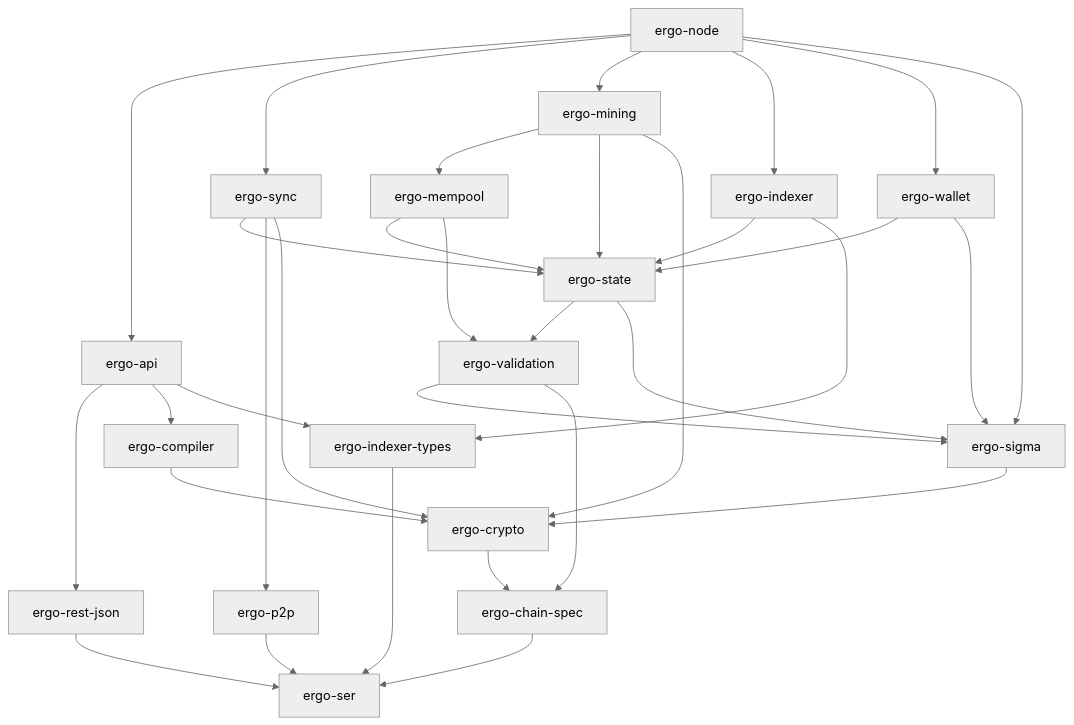
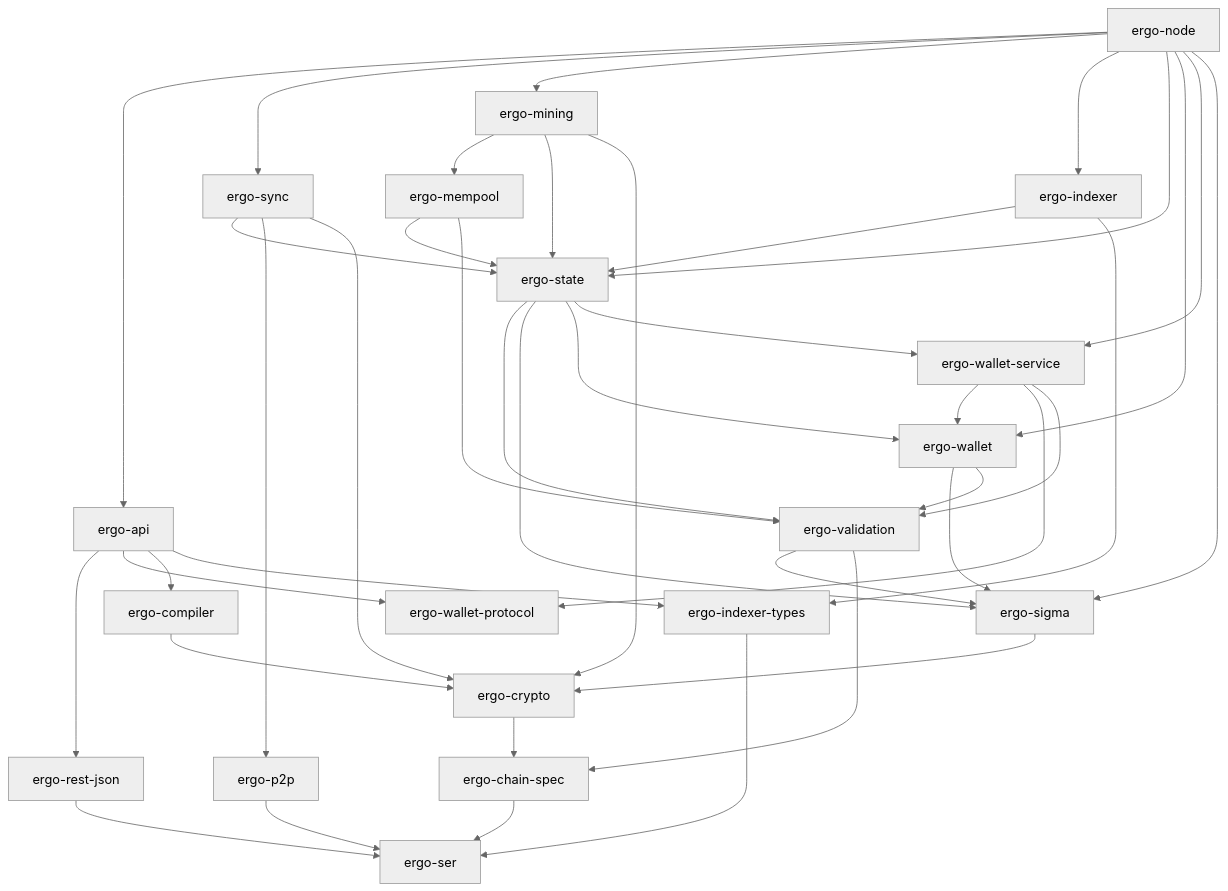
Before and after one commit to arkadianet/ergo: the diagram in docs/codemap.md, drawn with Mermaid (neutral theme). The commit also changed other lines of this file and 62 other files, not shown here.

````diff
--- a/docs/codemap.md
+++ b/docs/codemap.md
@@ -44,35 +46,44 @@
 ```mermaid
 graph TD
   chainspec[ergo-chain-spec] --> ser[ergo-ser]
   crypto[ergo-crypto] --> chainspec
   sigma[ergo-sigma] --> crypto
   compiler[ergo-compiler] --> crypto
   validation[ergo-validation] --> sigma
   validation --> chainspec
+  protocol[ergo-wallet-protocol]
+  wallet[ergo-wallet] --> sigma
+  wallet --> validation
+  service[ergo-wallet-service] --> wallet
+  service --> protocol
+  service --> validation
   state[ergo-state] --> validation
   state --> sigma
-  wallet[ergo-wallet] --> state
-  wallet --> sigma
+  state --> wallet
+  state --> service
   mempool[ergo-mempool] --> state
   mempool --> validation
   p2p[ergo-p2p] --> ser
   sync[ergo-sync] --> state
   sync --> p2p
   sync --> crypto
   mining[ergo-mining] --> mempool
   mining --> state
   mining --> crypto
   indexertypes[ergo-indexer-types] --> ser
   indexer[ergo-indexer] --> state
   indexer --> indexertypes
   restjson[ergo-rest-json] --> ser
   api[ergo-api] --> restjson
+  api --> protocol
   api --> compiler
   api --> indexertypes
   node[ergo-node] --> api
   node --> sync
   node --> mining
   node --> indexer
+  node --> state
   node --> wallet
+  node --> service
   node --> sigma
 ```
````
